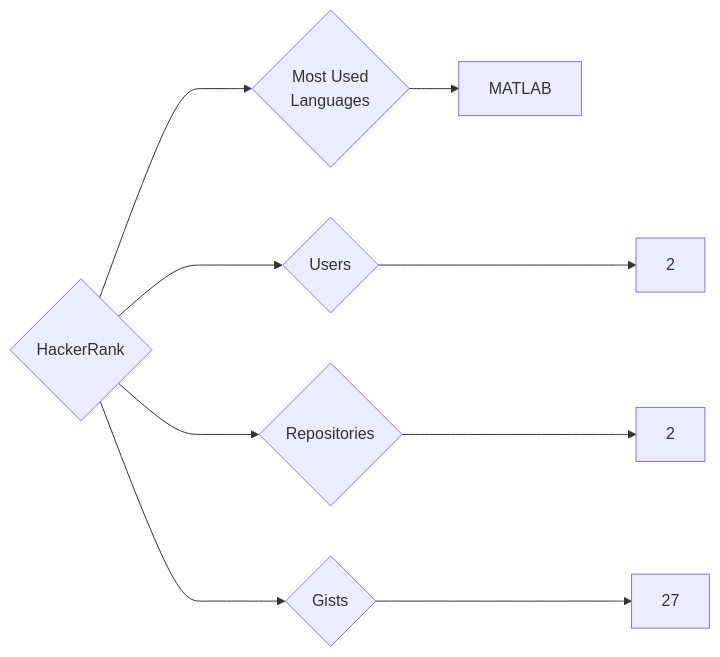
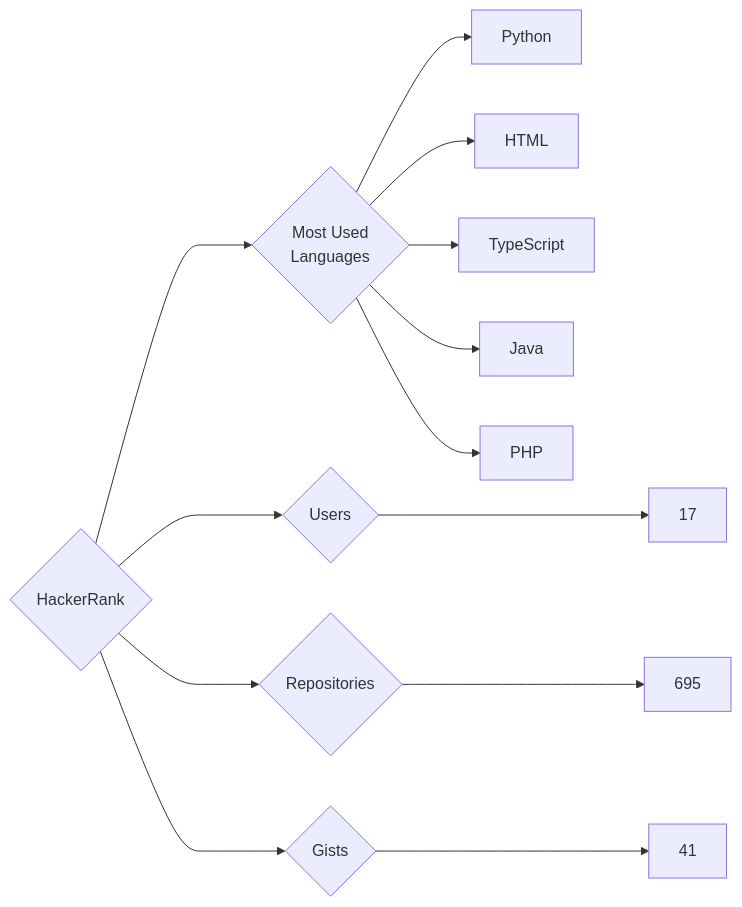
The diagram in targets/HackerRank/README.md (trickest/insiders), drawn with Mermaid before and after one commit. The commit also changed 1149 other files, not shown here.

````diff
--- a/targets/HackerRank/README.md
+++ b/targets/HackerRank/README.md
@@ -3,9 +3,13 @@
 ```mermaid
 graph LR
 COMPANY_NAME{HackerRank}
-COMPANY_NAME ---> U{Users} ---> UN[2]
-COMPANY_NAME ---> R{Repositories} ---> RN[2]
-COMPANY_NAME ---> G{Gists} ---> GN[27]
+COMPANY_NAME ---> U{Users} ---> UN[17]
+COMPANY_NAME ---> R{Repositories} ---> RN[695]
+COMPANY_NAME ---> G{Gists} ---> GN[41]
 COMPANY_NAME ---> ML{Most Used<br>Languages}
-ML --> MATLAB[MATLAB]
+ML --> Python[Python]
+ML --> HTML[HTML]
+ML --> TypeScript[TypeScript]
+ML --> Java[Java]
+ML --> PHP[PHP]
 ```
````
